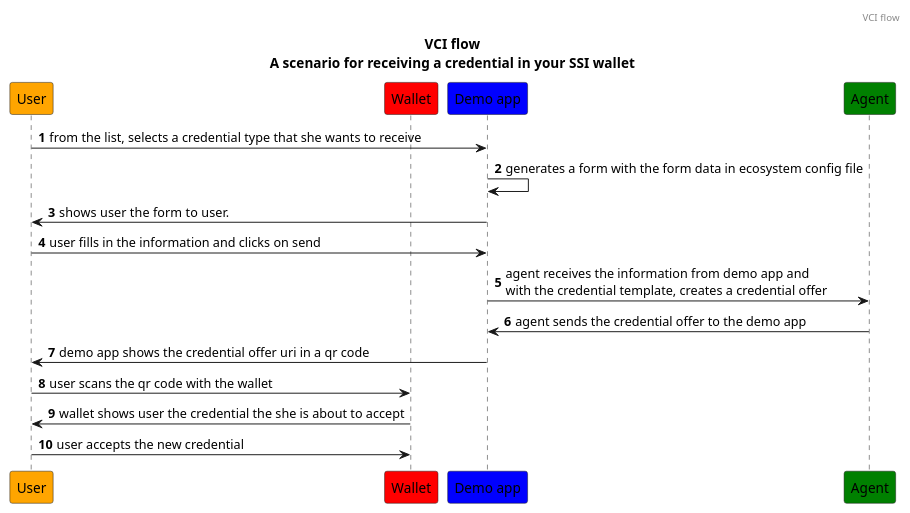
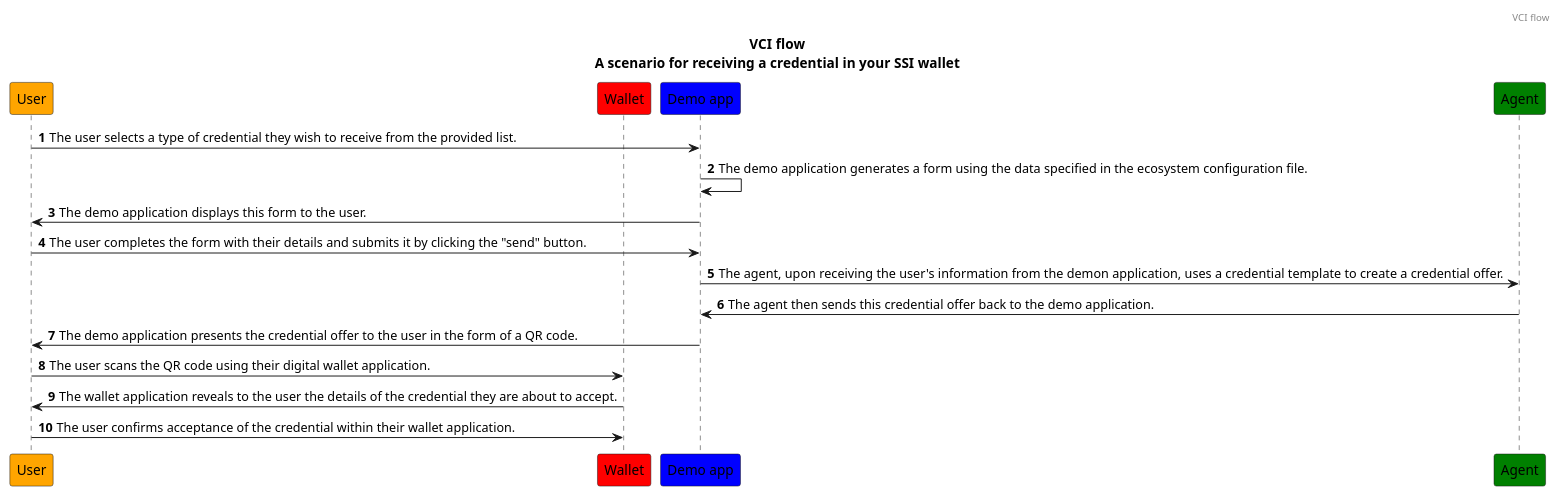
The diagram in documents/vci-flow.puml (Sphereon-Opensource/OID4VC-demo), drawn with PlantUML before and after one commit. The commit also changed 5 other files, not shown here.

Commit message:
doc: added oid4vp-flow and made some changes in the docs for pr review

```diff
--- a/documents/vci-flow.puml
+++ b/documents/vci-flow.puml
@@ -1,26 +1,26 @@
 @startuml
 
 header VCI flow
 title
 VCI flow
 A scenario for receiving a credential in your SSI wallet
 end title
 
 autonumber
 
 participant "User" as user order 0 #ORANGE
 participant "Wallet" as wallet order 1 #RED
 participant "Demo app" as demo order 2 #BLUE
 participant "Agent" as agent order 3 #GREEN
 
-user -> demo: from the list, selects a credential type that she wants to receive
-demo -> demo: generates a form with the form data in ecosystem config file
-demo -> user: shows user the form to user.
-user -> demo: user fills in the information and clicks on send
-demo -> agent: agent receives the information from demo app and\nwith the credential template, creates a credential offer
-agent -> demo: agent sends the credential offer to the demo app
-demo -> user: demo app shows the credential offer uri in a qr code
-user -> wallet: user scans the qr code with the wallet
-wallet -> user: wallet shows user the credential the she is about to accept
-user -> wallet: user accepts the new credential
+user -> demo: The user selects a type of credential they wish to receive from the provided list.
+demo -> demo: The demo application generates a form using the data specified in the ecosystem configuration file.
+demo -> user: The demo application displays this form to the user.
+user -> demo: The user completes the form with their details and submits it by clicking the "send" button.
+demo -> agent: The agent, upon receiving the user's information from the demon application, uses a credential template to create a credential offer.
+agent -> demo: The agent then sends this credential offer back to the demo application.
+demo -> user: The demo application presents the credential offer to the user in the form of a QR code.
+user -> wallet: The user scans the QR code using their digital wallet application.
+wallet -> user: The wallet application reveals to the user the details of the credential they are about to accept.
+user -> wallet: The user confirms acceptance of the credential within their wallet application.
 @enduml
```
